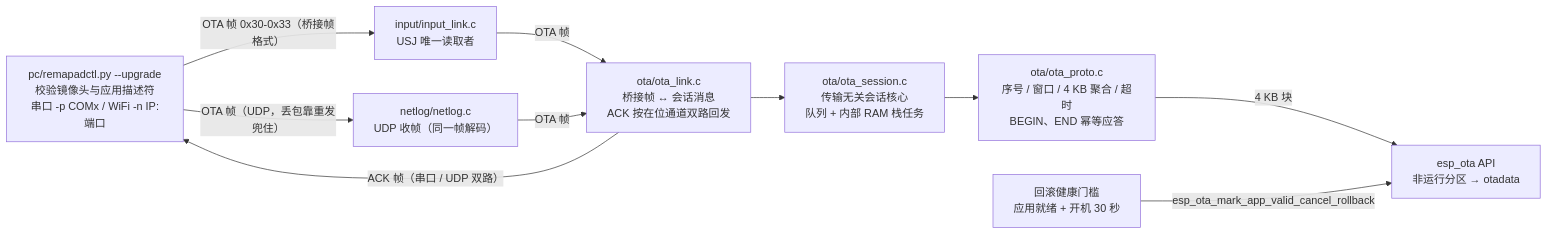
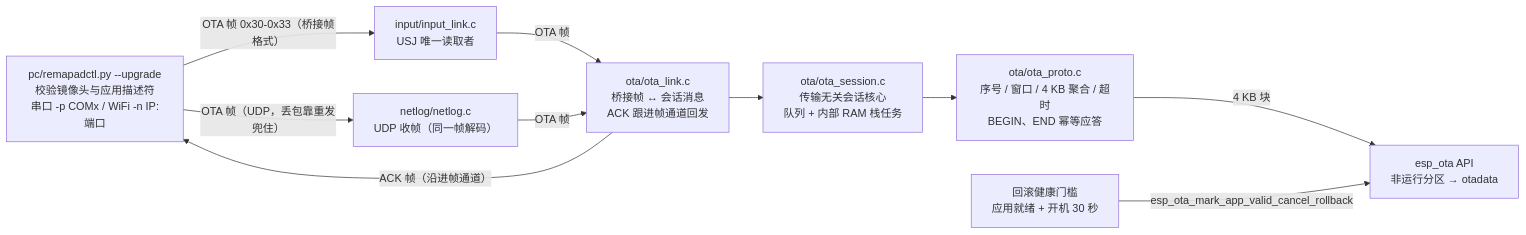
The seventh of 9 diagrams in docs/ARCHITECTURE.md (slime7/remapad), drawn with Mermaid before and after one commit. The commit also changed other lines of this file and 15 other files, not shown here.

First line of the commit message:
feat(firmware,pc,docs,scripts): netlog 日志密码脱敏，WiFi OTA 关省电并修 ACK 回发提速

````diff
--- a/docs/ARCHITECTURE.md
+++ b/docs/ARCHITECTURE.md
@@ -281,21 +281,21 @@
 ```mermaid
 flowchart LR
     Tool["pc/remapadctl.py --upgrade<br/>校验镜像头与应用描述符<br/>串口 -p COMx / WiFi -n IP:端口"]
     Link["input/input_link.c<br/>USJ 唯一读取者"]
     Net["netlog/netlog.c<br/>UDP 收帧（同一帧解码）"]
-    Adapt["ota/ota_link.c<br/>桥接帧 ↔ 会话消息<br/>ACK 按在位通道双路回发"]
+    Adapt["ota/ota_link.c<br/>桥接帧 ↔ 会话消息<br/>ACK 跟进帧通道回发"]
     Session["ota/ota_session.c<br/>传输无关会话核心<br/>队列 + 内部 RAM 栈任务"]
     Proto["ota/ota_proto.c<br/>序号 / 窗口 / 4 KB 聚合 / 超时<br/>BEGIN、END 幂等应答"]
     Flash["esp_ota API<br/>非运行分区 → otadata"]
     Health["回滚健康门槛<br/>应用就绪 + 开机 30 秒"]
 
     Tool -->|"OTA 帧 0x30-0x33（桥接帧格式）"| Link
     Tool -->|"OTA 帧（UDP，丢包靠重发兜住）"| Net
     Link -->|OTA 帧| Adapt
     Net -->|OTA 帧| Adapt
     Adapt --> Session
     Session --> Proto
     Proto -->|"4 KB 块"| Flash
-    Adapt -->|"ACK 帧（串口 / UDP 双路）"| Tool
+    Adapt -->|"ACK 帧（沿进帧通道）"| Tool
     Health -->|esp_ota_mark_app_valid_cancel_rollback| Flash
 ```
````
